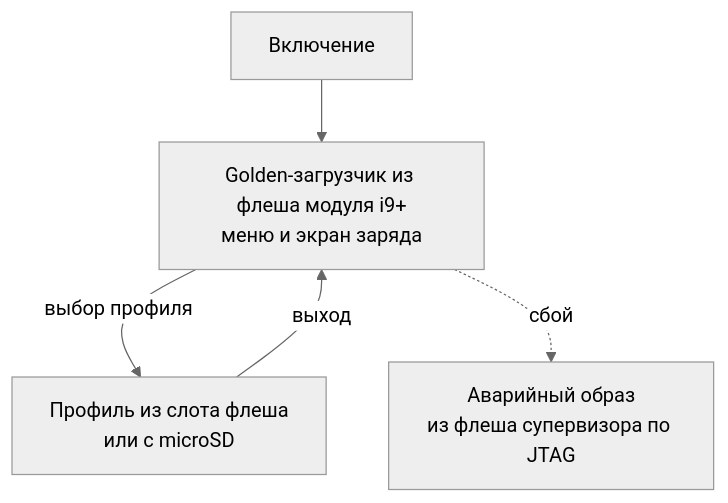
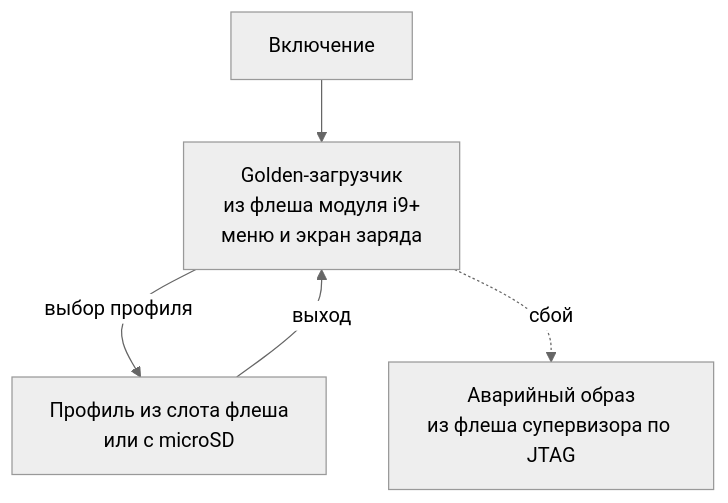
One commit to fabbit-dev/fabbit changed the second of 2 diagrams in README.md. Above: the diagram before and after it, drawn with Mermaid (neutral theme). The commit also changed other lines of this file and 2 other files, not shown here.

Commit message:
docs(readme): уточнения по ревью, схемы компактнее

````diff
--- a/README.md
+++ b/README.md
@@ -111,7 +111,7 @@
 ```mermaid
 flowchart TB
-  ON["Включение"] --> GOLD["Golden-загрузчик из флеша модуля i9+<br/>меню и экран заряда"]
+  ON["Включение"] --> GOLD["Golden-загрузчик<br/>из флеша модуля i9+<br/>меню и экран заряда"]
   GOLD -->|"выбор профиля"| PROF["Профиль из слота флеша<br/>или с microSD"]
   PROF -->|"выход"| GOLD
   GOLD -.->|"сбой"| RESC["Аварийный образ<br/>из флеша супервизора по JTAG"]
 ```
````
